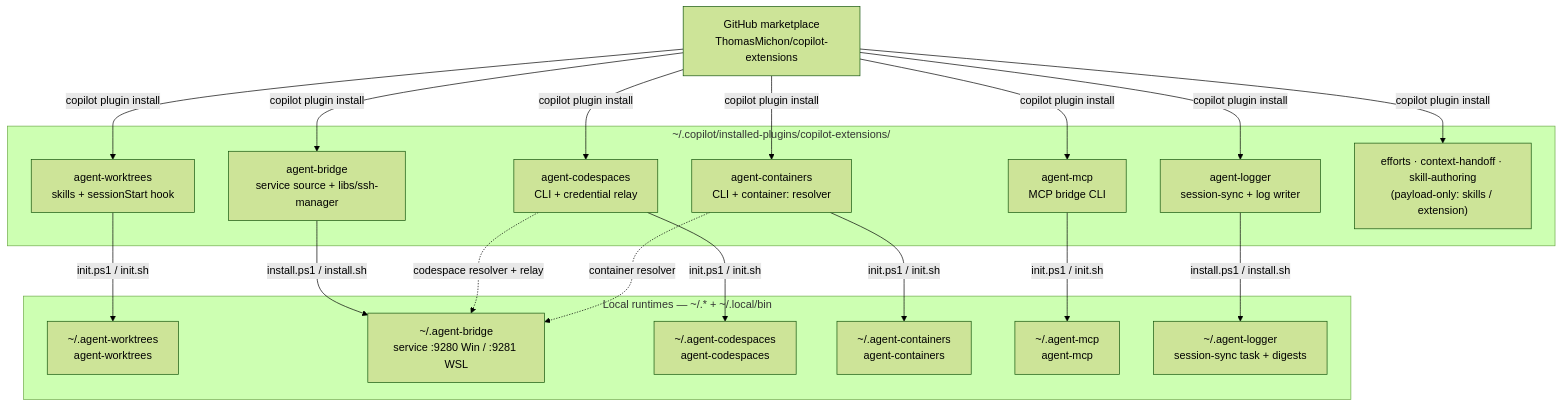
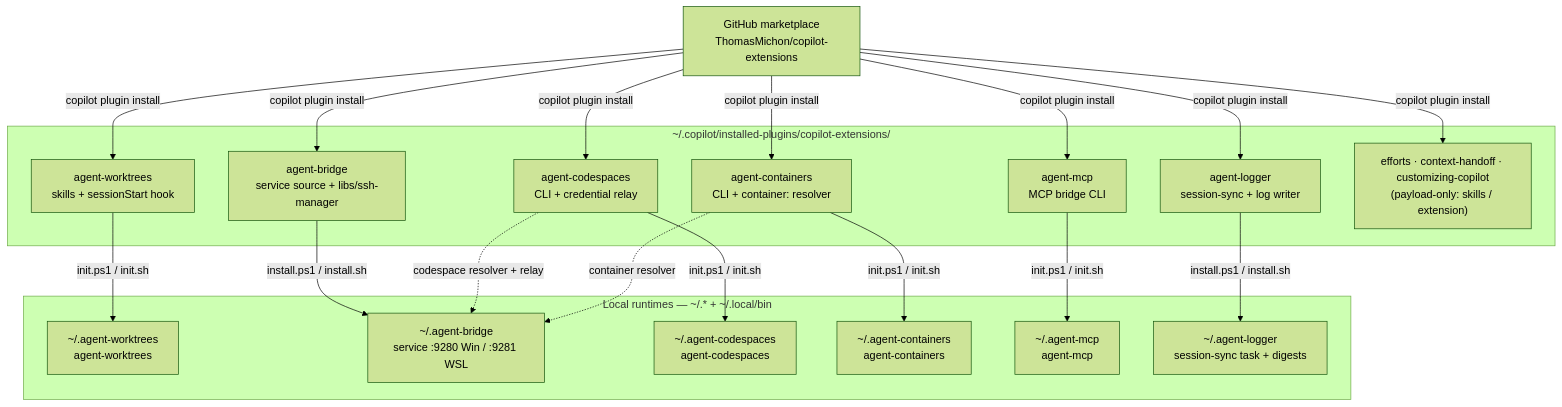
Before and after one commit to ThomasMichon/copilot-extensions: the first of 3 diagrams in README.md, drawn with Mermaid (forest theme). The commit also changed other lines of this file and 12 other files, not shown here.

First line of the commit message:
Rename skill-authoring -> customizing-copilot; split into four skills

````diff
--- a/README.md
+++ b/README.md
@@ -37,36 +37,36 @@
 ```mermaid
 flowchart TB
     MP["GitHub marketplace<br/>ThomasMichon/copilot-extensions"]
     subgraph IP["~/.copilot/installed-plugins/copilot-extensions/"]
       AW["agent-worktrees<br/>skills + sessionStart hook"]
       AB["agent-bridge<br/>service source + libs/ssh-manager"]
       AC["agent-codespaces<br/>CLI + credential relay"]
       AN["agent-containers<br/>CLI + container: resolver"]
       AM["agent-mcp<br/>MCP bridge CLI"]
       AL["agent-logger<br/>session-sync + log writer"]
-      PO["efforts · context-handoff · skill-authoring<br/>(payload-only: skills / extension)"]
+      PO["efforts · context-handoff · customizing-copilot<br/>(payload-only: skills / extension)"]
     end
     subgraph RT["Local runtimes — ~/.* + ~/.local/bin"]
       RW["~/.agent-worktrees<br/>agent-worktrees"]
       RB["~/.agent-bridge<br/>service :9280 Win / :9281 WSL"]
       RC["~/.agent-codespaces<br/>agent-codespaces"]
       RN["~/.agent-containers<br/>agent-containers"]
       RM["~/.agent-mcp<br/>agent-mcp"]
       RL["~/.agent-logger<br/>session-sync task + digests"]
     end
     MP -->|copilot plugin install| AW
     MP -->|copilot plugin install| AB
     MP -->|copilot plugin install| AC
     MP -->|copilot plugin install| AN
     MP -->|copilot plugin install| AM
     MP -->|copilot plugin install| AL
     MP -->|copilot plugin install| PO
     AW -->|init.ps1 / init.sh| RW
     AB -->|install.ps1 / install.sh| RB
     AC -->|init.ps1 / init.sh| RC
     AN -->|init.ps1 / init.sh| RN
     AM -->|init.ps1 / init.sh| RM
     AL -->|install.ps1 / install.sh| RL
     AC -.->|codespace resolver + relay| RB
     AN -.->|container resolver| RB
 ```
````
